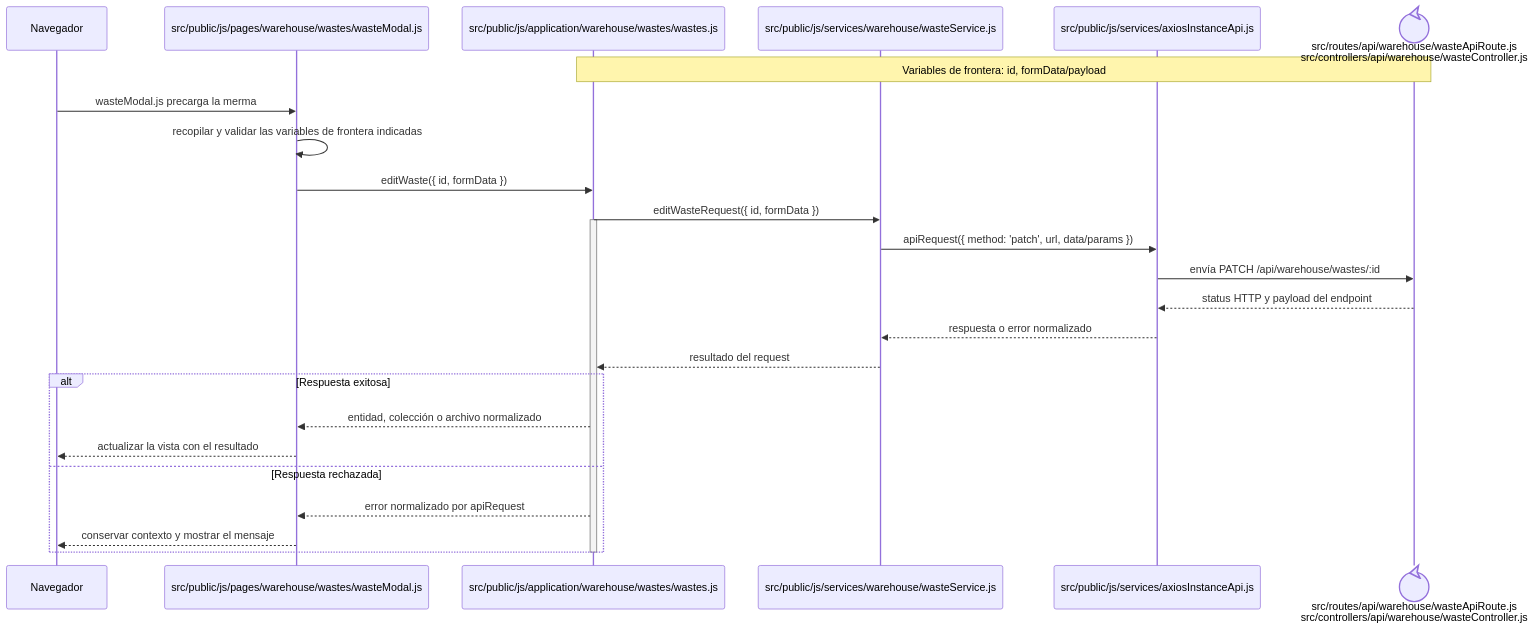
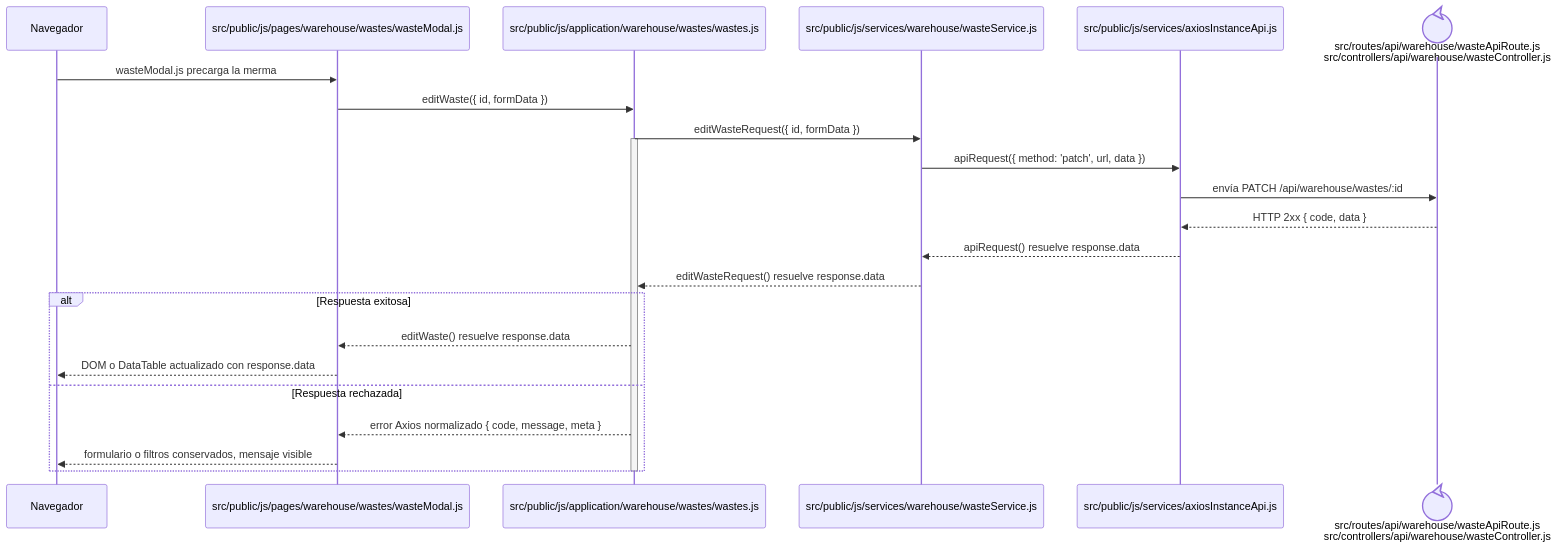
The diagram in docs/architecture/frontend-code-sequences/catalogs/cu-alm-11.md (gpgsistemas01/nexus), drawn with Mermaid before and after one commit. The commit also changed 148 other files, not shown here.

````diff
--- a/docs/architecture/frontend-code-sequences/catalogs/cu-alm-11.md
+++ b/docs/architecture/frontend-code-sequences/catalogs/cu-alm-11.md
@@ -6,29 +6,27 @@
 ```mermaid
 sequenceDiagram
     participant Browser as Navegador
     participant View as src/public/js/pages/warehouse/wastes/wasteModal.js
     participant Application as src/public/js/application/warehouse/wastes/wastes.js
     participant Request as src/public/js/services/warehouse/wasteService.js
     participant HTTP as src/public/js/services/axiosInstanceApi.js
     participant Transport@{ "type": "control" } as src/routes/api/warehouse/wasteApiRoute.js<br/>src/controllers/api/warehouse/wasteController.js
-    Note over Application,Transport: Variables de frontera: id, formData/payload
 
     Browser->>View: wasteModal.js precarga la merma
-    View->>View: recopilar y validar las variables de frontera indicadas
     View->>Application: editWaste({ id, formData })
     Application->>Request: editWasteRequest({ id, formData })
     activate Application
-    Request->>HTTP: apiRequest({ method: 'patch', url, data/params })
+    Request->>HTTP: apiRequest({ method: 'patch', url, data })
     HTTP->>Transport: envía PATCH /api/warehouse/wastes/:id
-    Transport-->>HTTP: status HTTP y payload del endpoint
-    HTTP-->>Request: respuesta o error normalizado
-    Request-->>Application: resultado del request
+    Transport-->>HTTP: HTTP 2xx { code, data }
+    HTTP-->>Request: apiRequest() resuelve response.data
+    Request-->>Application: editWasteRequest() resuelve response.data
     alt Respuesta exitosa
-        Application-->>View: entidad, colección o archivo normalizado
-        View-->>Browser: actualizar la vista con el resultado
+        Application-->>View: editWaste() resuelve response.data
+        View-->>Browser: DOM o DataTable actualizado con response.data
     else Respuesta rechazada
-        Application-->>View: error normalizado por apiRequest
-        View-->>Browser: conservar contexto y mostrar el mensaje
+        Application-->>View: error Axios normalizado { code, message, meta }
+        View-->>Browser: formulario o filtros conservados, mensaje visible
     end
     deactivate Application
 ```
````
